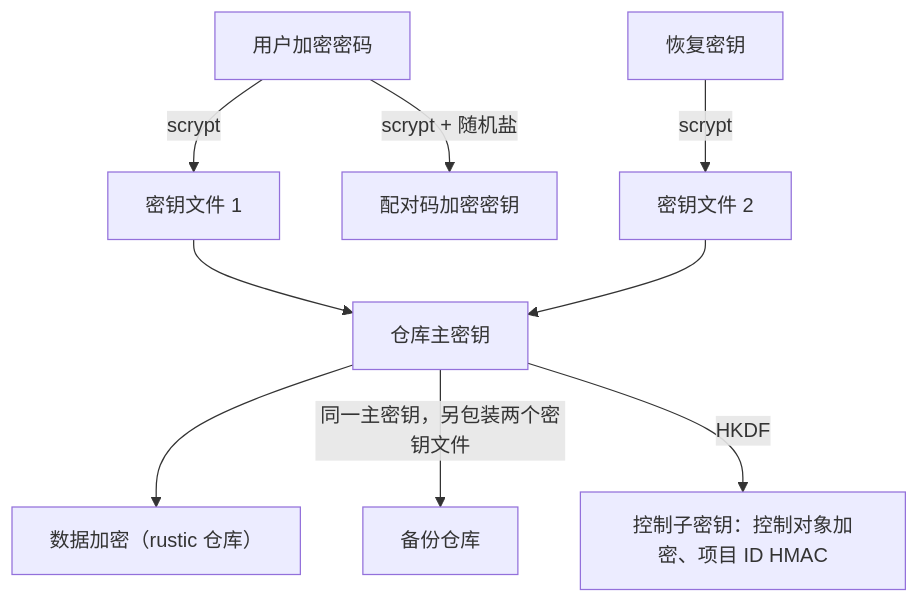
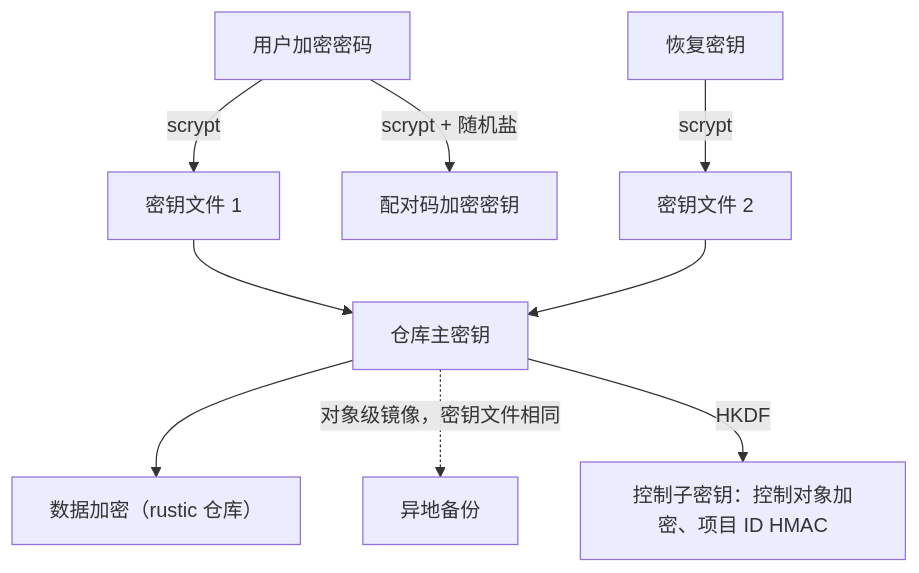
One commit to kverona-ai/workroam changed the tenth of 11 diagrams in docs/architecture.md. Above: the diagram before and after it, drawn with Mermaid. The commit also changed other lines of this file and 8 other files, not shown here.

````diff
--- a/docs/architecture.md
+++ b/docs/architecture.md
@@ -939,11 +904,11 @@
 ```mermaid
 flowchart TB
     P["用户加密密码"] -- scrypt --> K1["密钥文件 1"]
     R["恢复密钥"] -- scrypt --> K2["密钥文件 2"]
     K1 --> M["仓库主密钥"]
     K2 --> M
     M --> E["数据加密（rustic 仓库）"]
-    M -- 同一主密钥，另包装两个密钥文件 --> BK["备份仓库"]
+    M -. 对象级镜像，密钥文件相同 .-> BK["异地备份"]
     M -- HKDF --> C["控制子密钥：控制对象加密、项目 ID HMAC"]
     P -- scrypt + 随机盐 --> Q["配对码加密密钥"]
 ```
````
